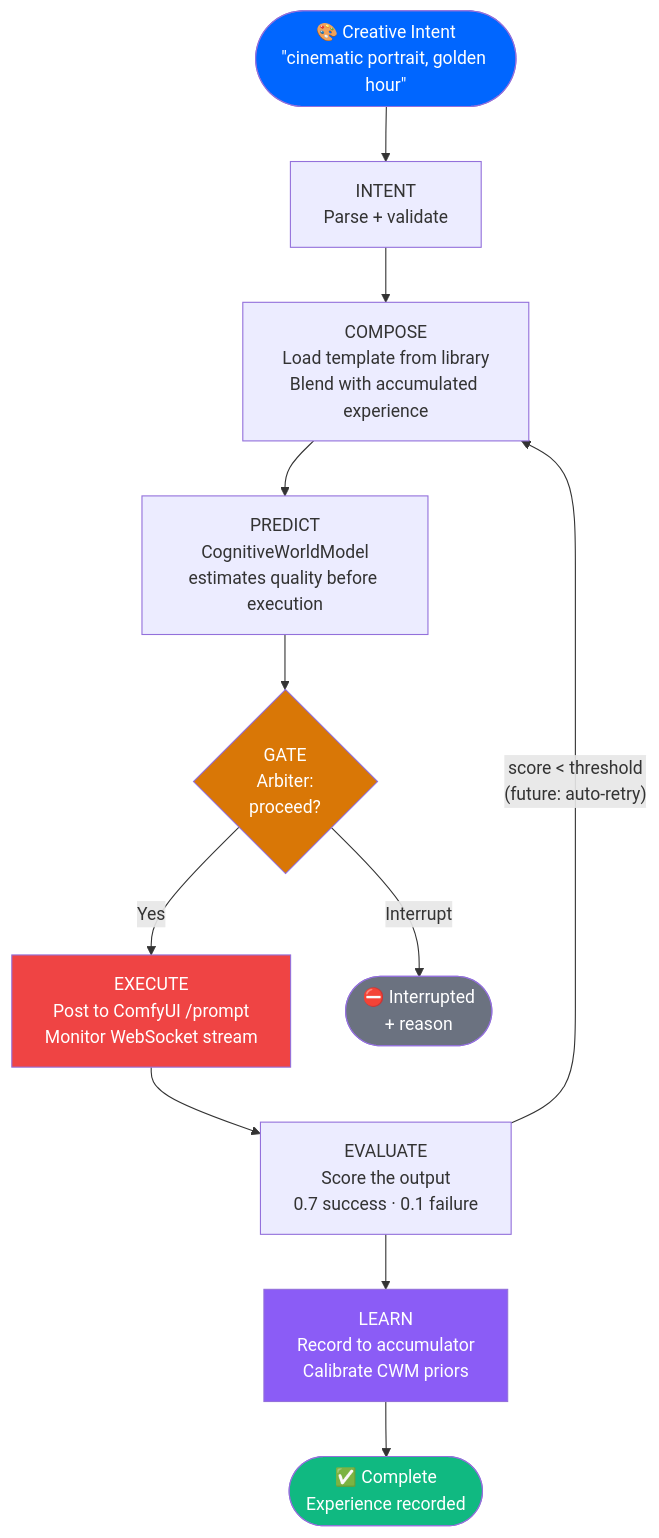
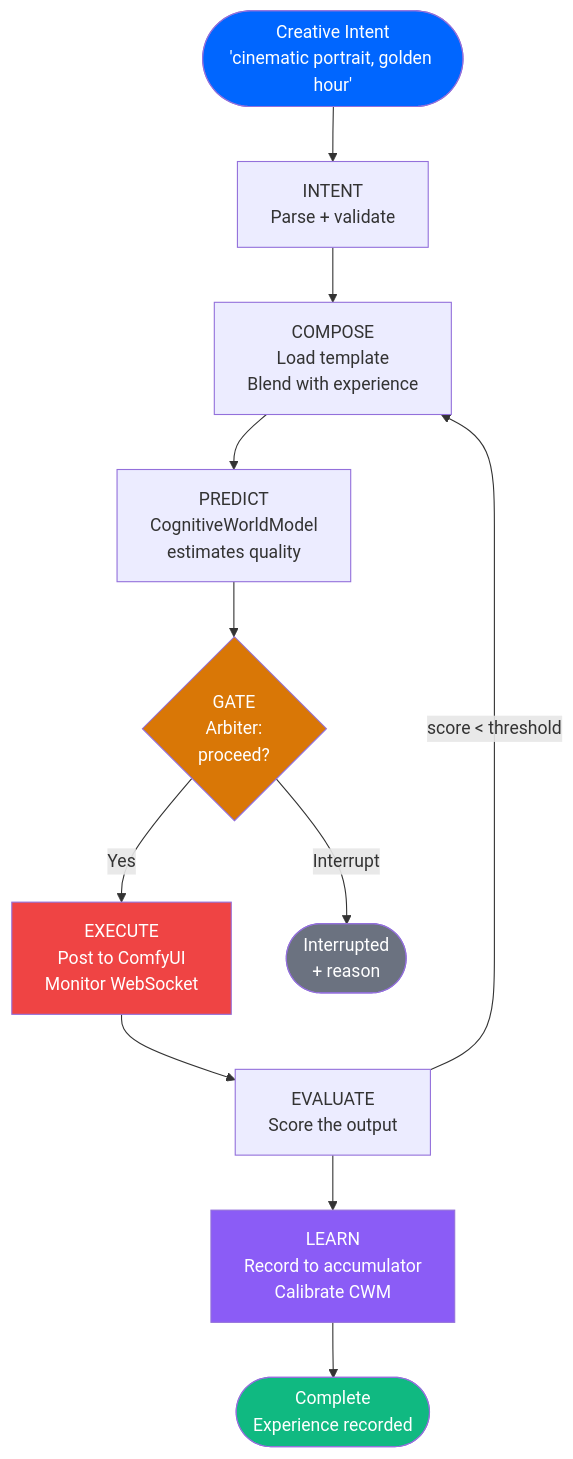
One commit to JosephOIbrahim/Comfy-Cozy changed the sixth of 17 diagrams in README.md. Above: the diagram before and after it, drawn with Mermaid. The commit also changed other lines of this file, not shown here.

First line of the commit message:
docs: ADHD-friendly README — symlink install, scannable steps, updated diagrams

````diff
--- a/README.md
+++ b/README.md
@@ -357,20 +408,20 @@
 ```mermaid
 flowchart TD
-    You(["🎨 Creative Intent\n&quot;cinematic portrait, golden hour&quot;"]) --> INTENT["INTENT\nParse + validate"]
-    INTENT --> COMPOSE["COMPOSE\nLoad template from library\nBlend with accumulated experience"]
-    COMPOSE --> PREDICT["PREDICT\nCognitiveWorldModel\nestimates quality before execution"]
-    PREDICT --> GATE{"GATE\nArbiter:\nproceed?"}
-    GATE -->|Yes| EXECUTE["EXECUTE\nPost to ComfyUI /prompt\nMonitor WebSocket stream"]
-    GATE -->|Interrupt| STOP(["⛔ Interrupted\n+ reason"])
-    EXECUTE --> EVALUATE["EVALUATE\nScore the output\n0.7 success · 0.1 failure"]
-    EVALUATE --> LEARN["LEARN\nRecord to accumulator\nCalibrate CWM priors"]
-    LEARN --> DONE(["✅ Complete\nExperience recorded"])
-    EVALUATE -->|"score < threshold\n(future: auto-retry)"| COMPOSE
+    You(["Creative Intent<br/>'cinematic portrait, golden hour'"]) --> INTENT["INTENT<br/>Parse + validate"]
+    INTENT --> COMPOSE["COMPOSE<br/>Load template<br/>Blend with experience"]
+    COMPOSE --> PREDICT["PREDICT<br/>CognitiveWorldModel<br/>estimates quality"]
+    PREDICT --> GATE{"GATE<br/>Arbiter:<br/>proceed?"}
+    GATE -->|Yes| EXECUTE["EXECUTE<br/>Post to ComfyUI<br/>Monitor WebSocket"]
+    GATE -->|Interrupt| STOP(["Interrupted<br/>+ reason"])
+    EXECUTE --> EVALUATE["EVALUATE<br/>Score the output"]
+    EVALUATE --> LEARN["LEARN<br/>Record to accumulator<br/>Calibrate CWM"]
+    LEARN --> DONE(["Complete<br/>Experience recorded"])
+    EVALUATE -->|"score < threshold"| COMPOSE
 
     style You fill:#0066FF,color:#fff
     style GATE fill:#d97706,color:#fff
     style EXECUTE fill:#ef4444,color:#fff
     style LEARN fill:#8b5cf6,color:#fff
     style DONE fill:#10b981,color:#fff
     style STOP fill:#6b7280,color:#fff
 ```
````
